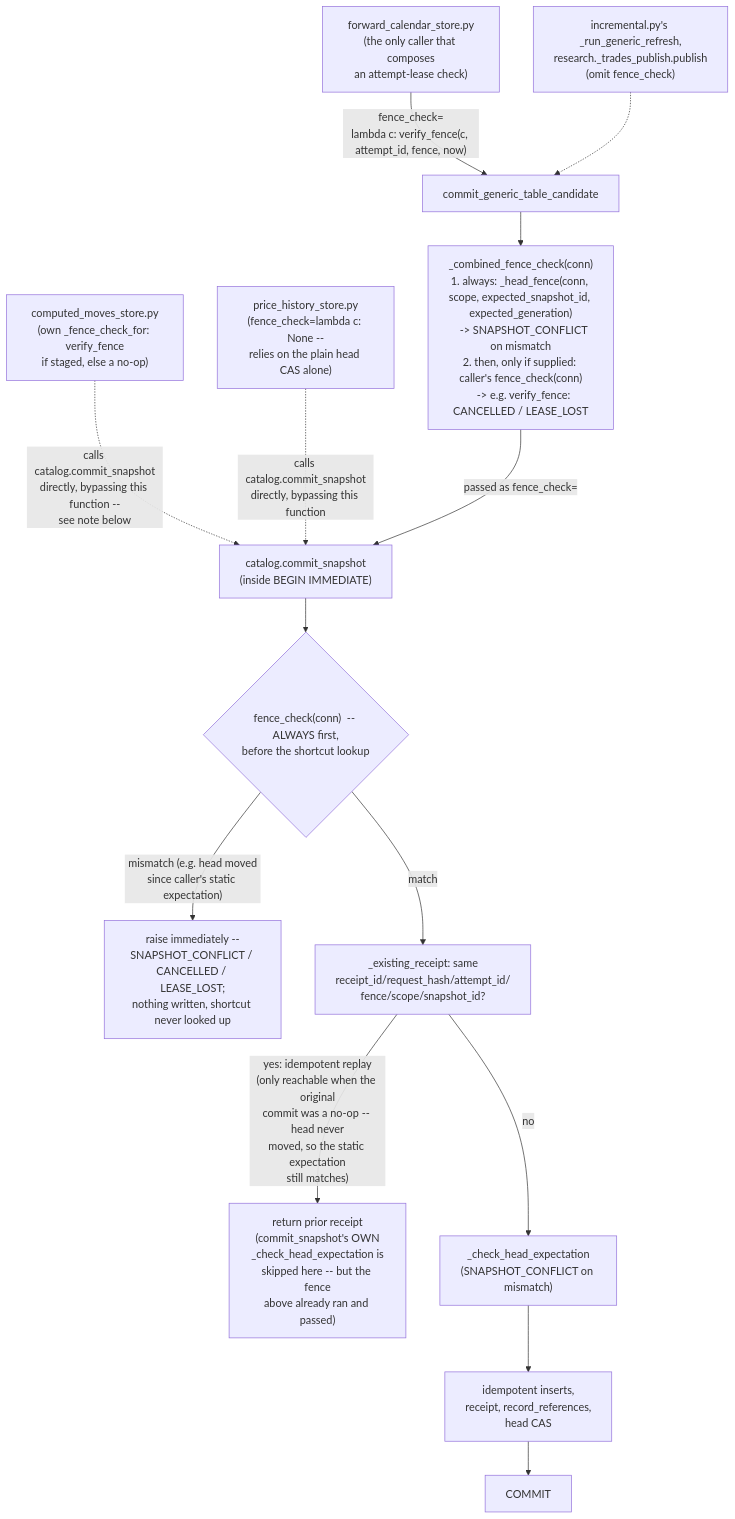
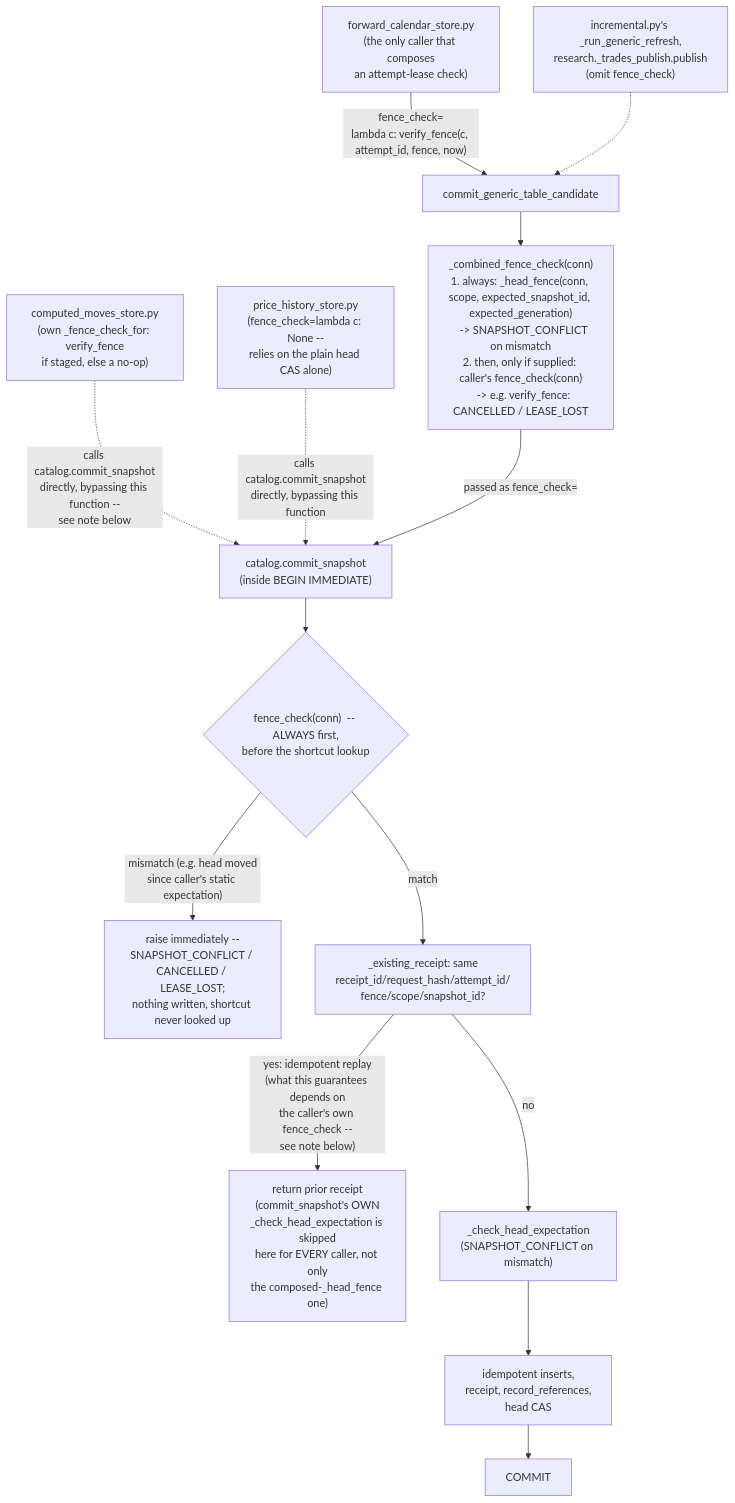
Before and after one commit to yshewchuk/investment-validation: the second of 2 diagrams in engine/v2/data/ARCHITECTURE.md, drawn with Mermaid. The commit also changed other lines of this file, not shown here.

First line of the commit message:
docs: scope the replay-shortcut no-op guarantee to the composed-fence path

````diff
--- a/engine/v2/data/ARCHITECTURE.md
+++ b/engine/v2/data/ARCHITECTURE.md
@@ -835,19 +848,19 @@
 ```mermaid
 flowchart TD
     CALLER["forward_calendar_store.py\n(the only caller that composes\nan attempt-lease check)"] -->|"fence_check=\nlambda c: verify_fence(c, attempt_id, fence, now)"| CGT["commit_generic_table_candidate"]
     CALLER2["incremental.py's _run_generic_refresh,\nresearch._trades_publish.publish\n(omit fence_check)"] -.-> CGT
     OTHER["computed_moves_store.py\n(own _fence_check_for: verify_fence\nif staged, else a no-op)"] -.->|"calls catalog.commit_snapshot\ndirectly, bypassing this function --\nsee note below"| CS
     OTHER2["price_history_store.py\n(fence_check=lambda c: None --\nrelies on the plain head CAS alone)"] -.->|"calls catalog.commit_snapshot\ndirectly, bypassing this function"| CS
 
     CGT --> COMBINED["_combined_fence_check(conn)\n1. always: _head_fence(conn, scope, expected_snapshot_id, expected_generation)\n   -> SNAPSHOT_CONFLICT on mismatch\n2. then, only if supplied: caller's fence_check(conn)\n   -> e.g. verify_fence: CANCELLED / LEASE_LOST"]
 
     COMBINED -->|passed as fence_check=| CS["catalog.commit_snapshot\n(inside BEGIN IMMEDIATE)"]
 
     CS --> STEP1{"fence_check(conn)  -- ALWAYS first,\nbefore the shortcut lookup"}
     STEP1 -->|"mismatch (e.g. head moved\nsince caller's static expectation)"| REFUSED["raise immediately --\nSNAPSHOT_CONFLICT / CANCELLED / LEASE_LOST;\nnothing written, shortcut never looked up"]
     STEP1 -->|match| STEP2["_existing_receipt: same\nreceipt_id/request_hash/attempt_id/\nfence/scope/snapshot_id?"]
-    STEP2 -->|"yes: idempotent replay\n(only reachable when the original\ncommit was a no-op -- head never\nmoved, so the static expectation\nstill matches)"| RETURN_SHORTCUT["return prior receipt\n(commit_snapshot's OWN\n_check_head_expectation is\nskipped here -- but the fence\nabove already ran and passed)"]
+    STEP2 -->|"yes: idempotent replay\n(what this guarantees depends on\nthe caller's own fence_check --\nsee note below)"| RETURN_SHORTCUT["return prior receipt\n(commit_snapshot's OWN\n_check_head_expectation is skipped\nhere for EVERY caller, not only\nthe composed-_head_fence one)"]
     STEP2 -->|no| HEADCHECK["_check_head_expectation\n(SNAPSHOT_CONFLICT on mismatch)"]
     HEADCHECK --> INSERTS["idempotent inserts,\nreceipt, record_references,\nhead CAS"]
     INSERTS --> COMMIT["COMMIT"]
 ```
````
